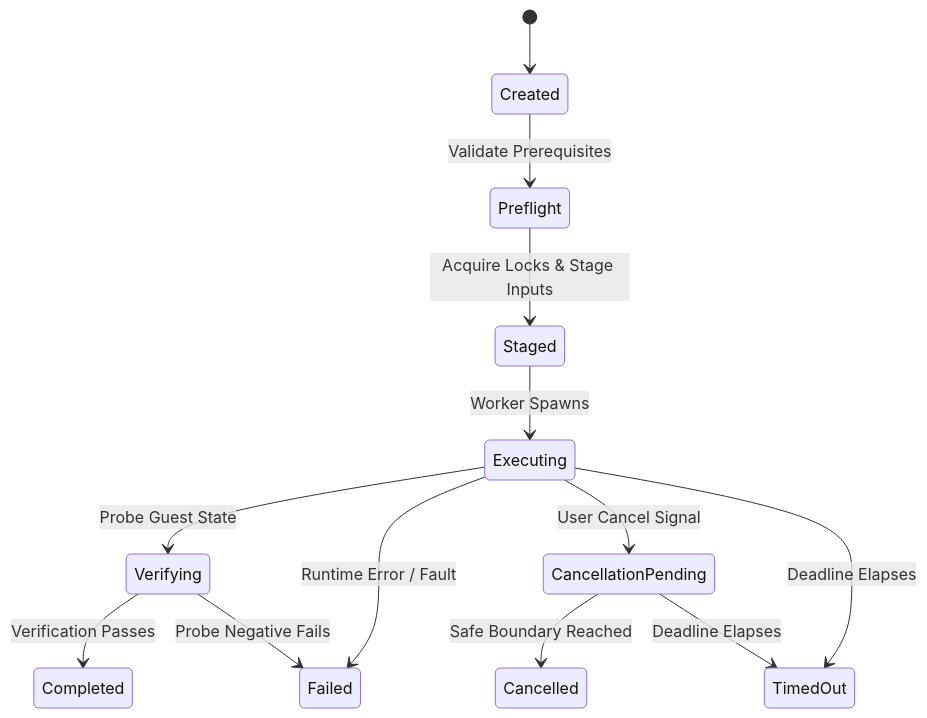
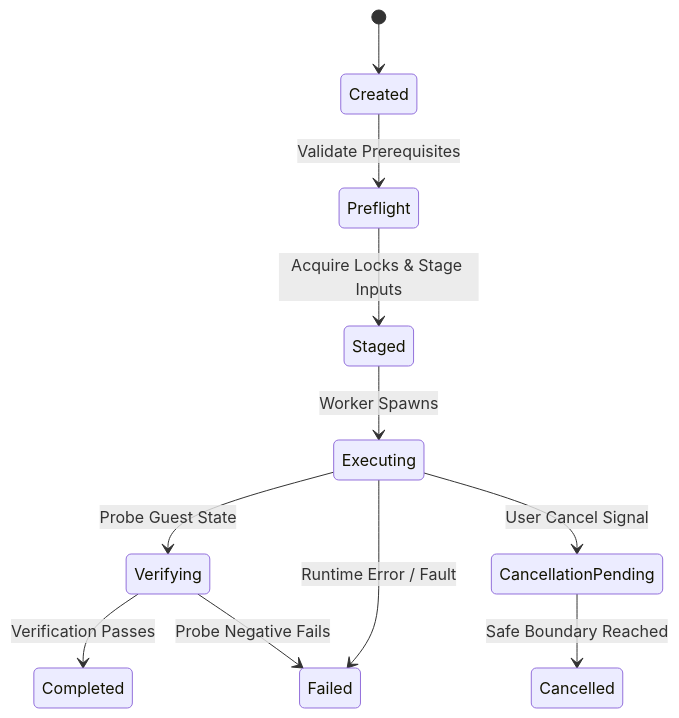
Before and after one commit to nguyenthdat/emu: the third of 6 diagrams in specs/002-ios-root-vm/data-model.md, drawn with Mermaid. The commit also changed other lines of this file and 5 other files, not shown here.

````diff
--- a/specs/002-ios-root-vm/data-model.md
+++ b/specs/002-ios-root-vm/data-model.md
@@ -484,15 +661,13 @@
 ```mermaid
 stateDiagram-v2
     [*] --> Created
     Created --> Preflight: Validate Prerequisites
     Preflight --> Staged: Acquire Locks & Stage Inputs
     Staged --> Executing: Worker Spawns
     Executing --> Verifying: Probe Guest State
     Verifying --> Completed: Verification Passes
     Executing --> Failed: Runtime Error / Fault
     Verifying --> Failed: Probe Negative Fails
     Executing --> CancellationPending: User Cancel Signal
     CancellationPending --> Cancelled: Safe Boundary Reached
-    CancellationPending --> TimedOut: Deadline Elapses
-    Executing --> TimedOut: Deadline Elapses
 ```
````
